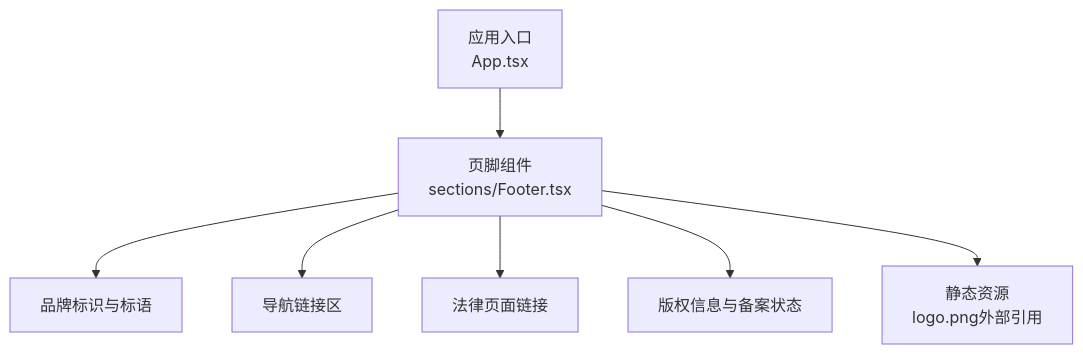
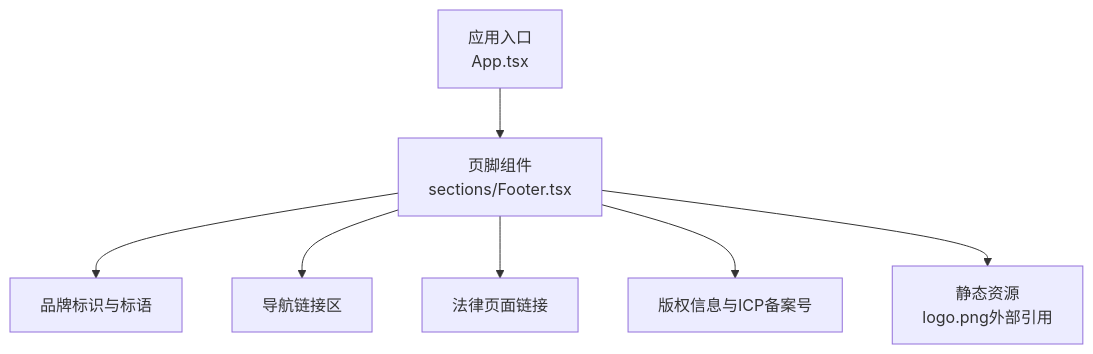
One commit to Primoguo/naolizhi.cn changed the first of 4 diagrams in .qoder/repowiki/zh/content/架构设计/组件架构/页面组件/Footer组件.md. Above: the diagram before and after it, drawn with Mermaid. The commit also changed other lines of this file and 73 other files, not shown here.

````diff
--- a/.qoder/repowiki/zh/content/架构设计/组件架构/页面组件/Footer组件.md
+++ b/.qoder/repowiki/zh/content/架构设计/组件架构/页面组件/Footer组件.md
@@ -34,9 +41,9 @@
 ```mermaid
 graph TB
 A["应用入口<br/>App.tsx"] --> B["页脚组件<br/>sections/Footer.tsx"]
 B --> C["品牌标识与标语"]
 B --> D["导航链接区"]
 B --> E["法律页面链接"]
-B --> F["版权信息与备案状态"]
+B --> F["版权信息与ICP备案号"]
 B --> G["静态资源<br/>logo.png外部引用"]
 ```
````
